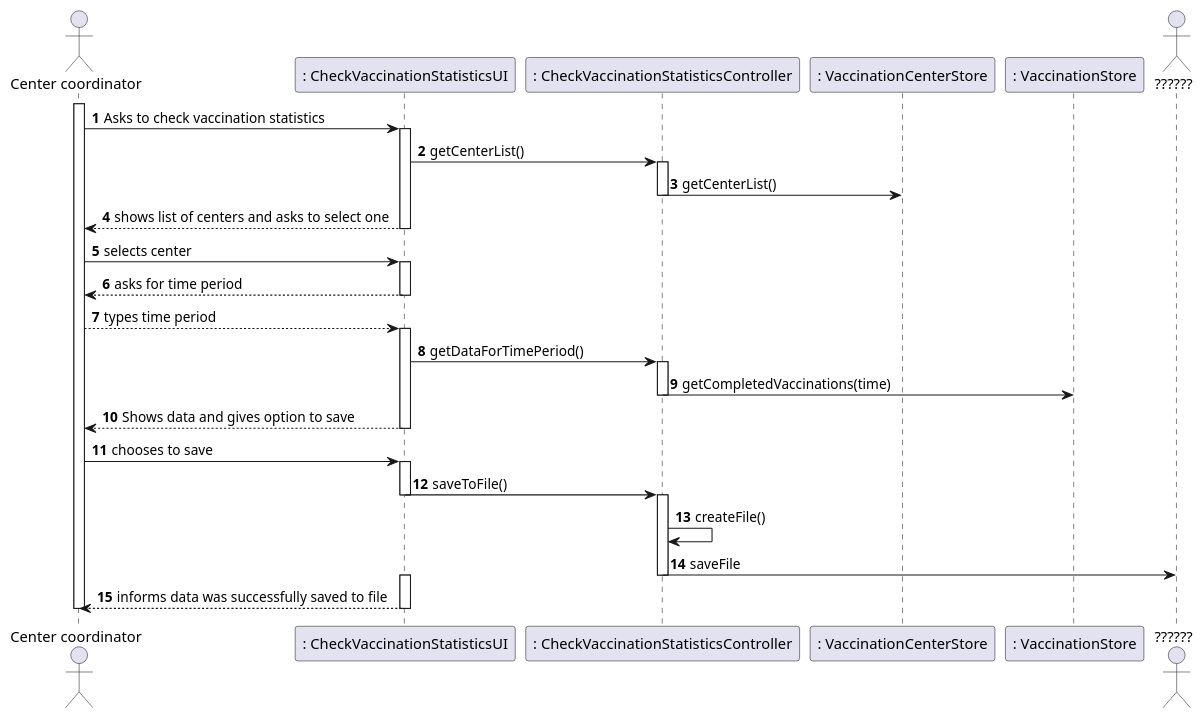
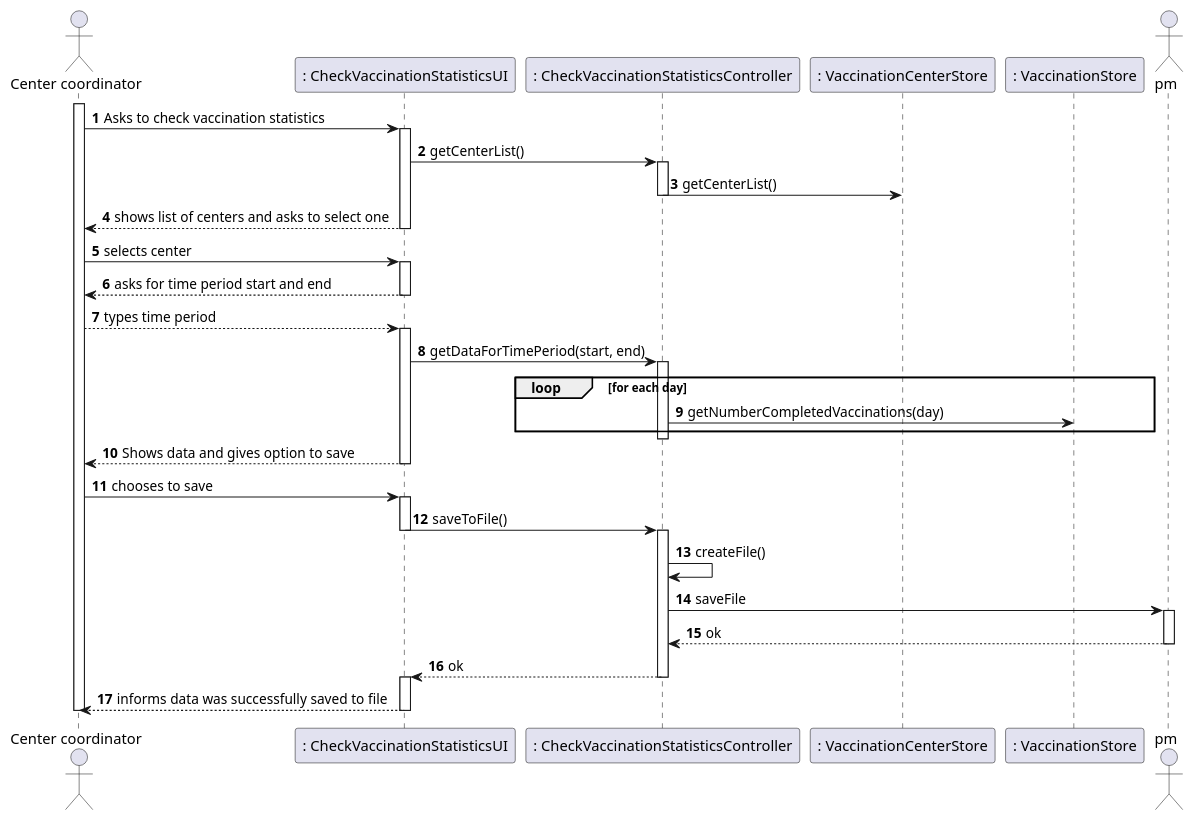
The diagram in docs/SprintD/US/US15/US015_SD.puml (PedroMesquita1211171/VaccinationManager), drawn with PlantUML before and after one commit. The commit also changed 1 other file, not shown here.

```diff
--- a/docs/SprintD/US/US15/US015_SD.puml
+++ b/docs/SprintD/US/US15/US015_SD.puml
@@ -1,52 +1,59 @@
 @startuml
 'https://plantuml.com/sequence-diagram
 
 autonumber
 actor "Center coordinator" as cc
 participant  ": CheckVaccinationStatisticsUI" as ui
 participant ": CheckVaccinationStatisticsController" as con
 participant ": VaccinationCenterStore" as vcs
 participant ": VaccinationStore" as store
-actor "??????" as c
+actor "pm" as c
 activate cc
 cc -> ui: Asks to check vaccination statistics
 
 activate ui
 ui->con: getCenterList()
 activate con
 con->vcs:getCenterList()
 deactivate con
 ui--> cc: shows list of centers and asks to select one
 deactivate ui
 
 cc->ui: selects center
 
 activate ui
-ui --> cc: asks for time period
+ui --> cc: asks for time period start and end
 deactivate ui
 
 cc --> ui: types time period
 
 activate ui
-ui -> con: getDataForTimePeriod()
+ui -> con: getDataForTimePeriod(start, end)
 activate con
-con -> store: getCompletedVaccinations(time)
+loop for each day
+ con -> store: getNumberCompletedVaccinations(day)
+end
 deactivate con
+
 ui --> cc: Shows data and gives option to save
 deactivate ui
 
 cc -> ui: chooses to save
 activate ui
 ui->con:saveToFile()
 deactivate ui
 activate con
 con->con:createFile()
 con->c: saveFile
+activate c
+c-->con:  ok
+deactivate c
+con-->ui:  ok
 deactivate con
 
 activate ui
 ui-->cc : informs data was successfully saved to file
 deactivate ui
 deactivate cc
 
 @enduml
```
